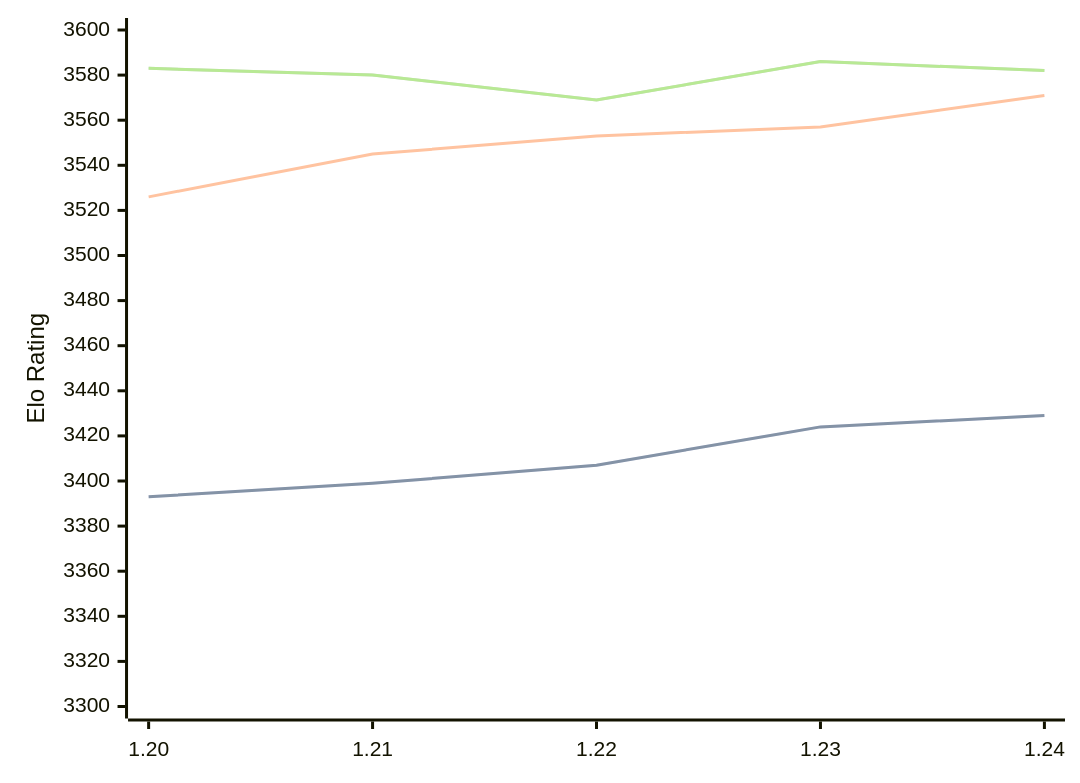
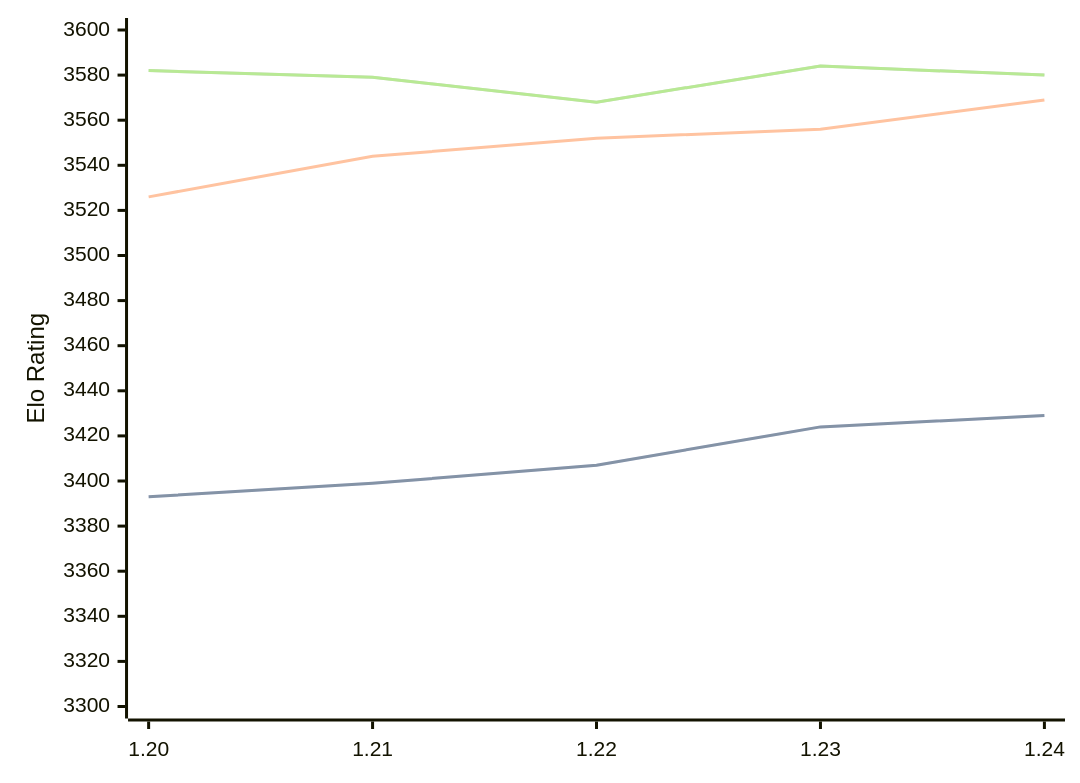
The diagram in engines/Caissa.md (computer-chess-index/cci), drawn with Mermaid before and after one commit. The commit also changed other lines of this file, not shown here.

Commit message:
Update CCI Ratings (ELO VLTC) - 2026-03-11

````diff
--- a/engines/Caissa.md
+++ b/engines/Caissa.md
@@ -62,11 +62,11 @@
 ```mermaid
 %%{init: {"theme":"base","themeVariables":{"seriesColors:['#a3a3a3','#222221','#faa371']}}}%%
 xychart-beta
   x-axis ["1.20", "1.21", "1.22", "1.23", "1.24"]
   y-axis "Elo Rating" 3300 --> 3600
   line "STC (8.0+0.08s)" [3393, 3399, 3407, 3424, 3429]
   line "STC (8.0+0.08s)" [3393, 3399, 3407, 3424, 3429]
-  line "LTC (60.0+0.60s)" [3526, 3545, 3553, 3557, 3571]
-  line "VLTC (2m24s+1.12s)" [3583, 3580, 3569, 3586, 3582]
-  line "VLTC (2m24s+1.12s)" [3583, 3580, 3569, 3586, 3582]
+  line "LTC (60.0+0.60s)" [3526, 3544, 3552, 3556, 3569]
+  line "VLTC (2m24s+1.12s)" [3582, 3579, 3568, 3584, 3580]
+  line "VLTC (2m24s+1.12s)" [3582, 3579, 3568, 3584, 3580]
 ```
````
